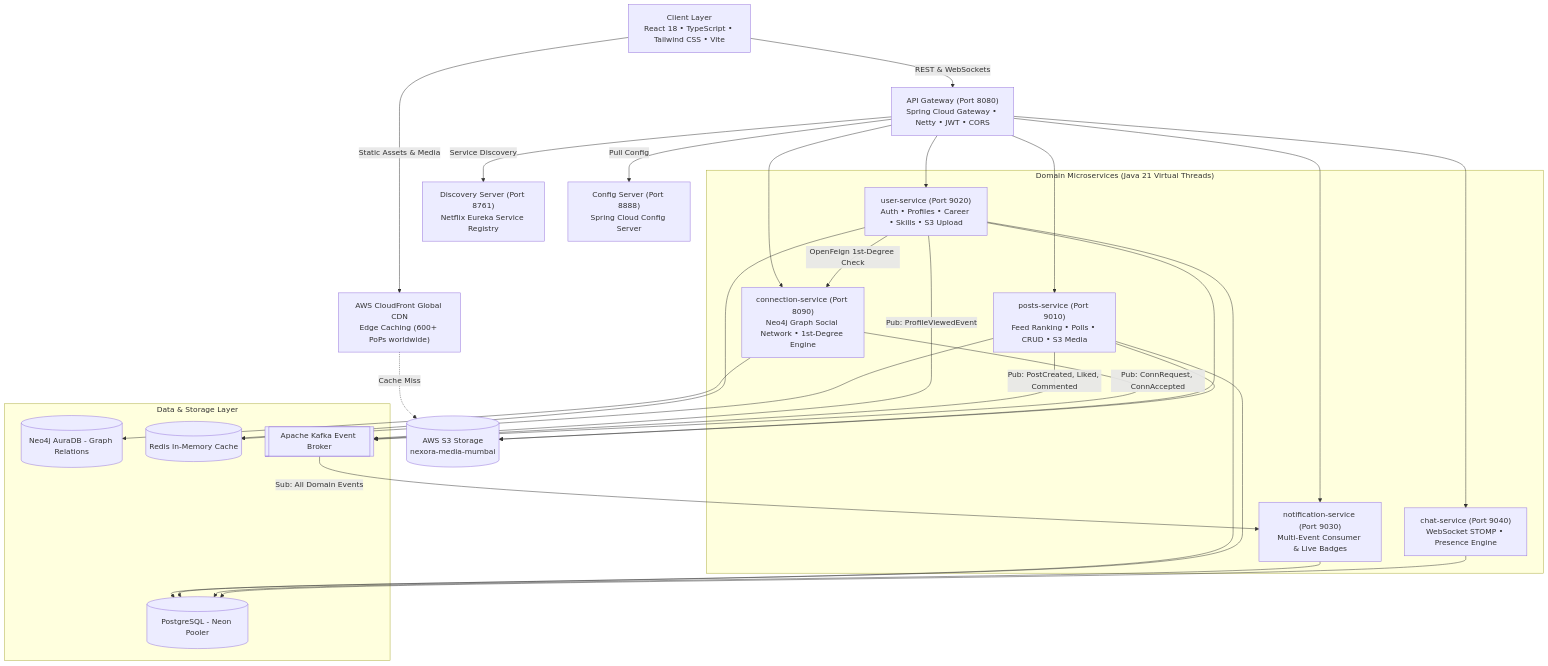
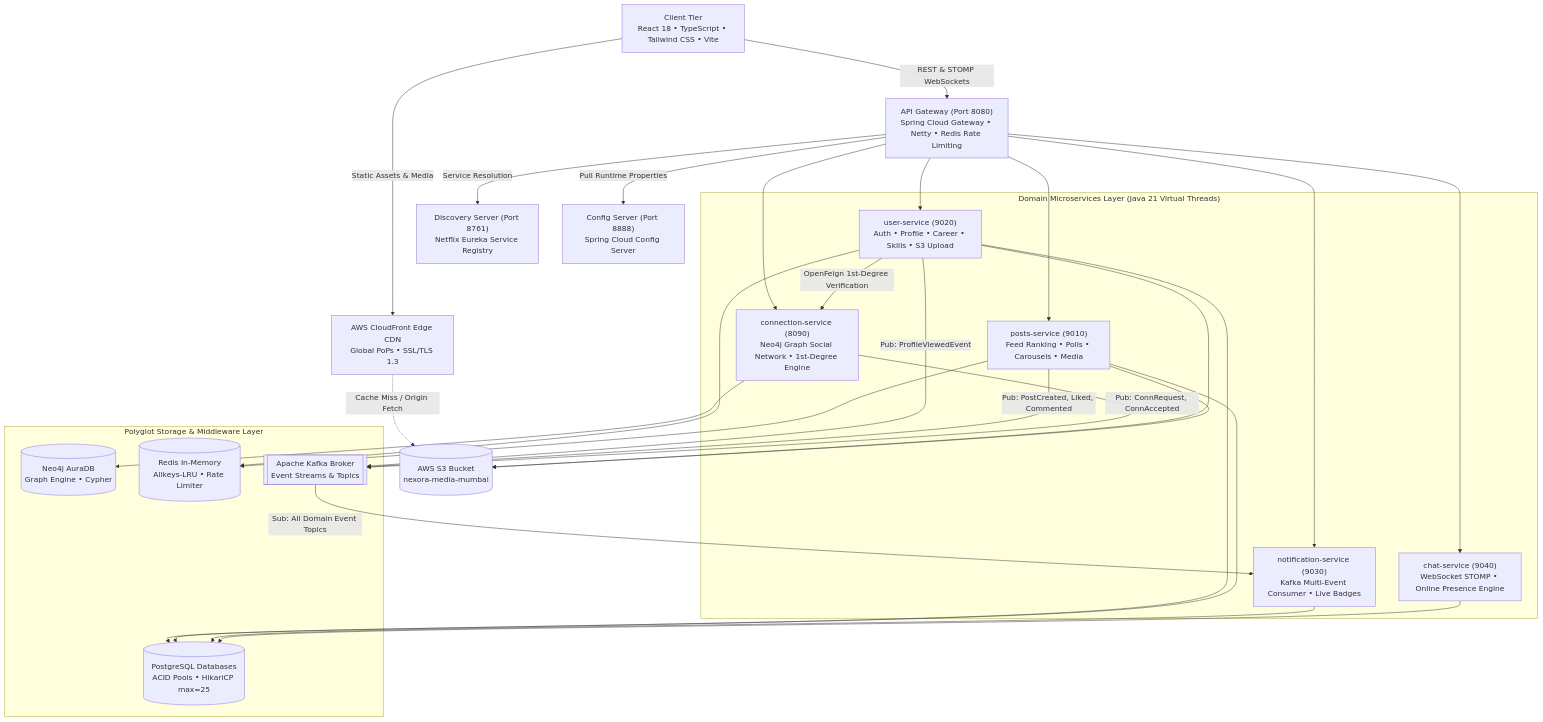
The first of 2 diagrams in README.md (ABHINAVX03/nexora), drawn with Mermaid before and after one commit. The commit also changed other lines of this file, not shown here.

Commit message:
docs(readme): upgrade README to publication-grade capstone specification with architecture diagrams, polyglot matrix, and load testing benchmarks

````diff
--- a/README.md
+++ b/README.md
@@ -29,56 +61,56 @@
 ```mermaid
 graph TD
-    Client["Client Layer<br/>React 18 • TypeScript • Tailwind CSS • Vite"]
-    CDN["AWS CloudFront Global CDN<br/>Edge Caching (600+ PoPs worldwide)"]
-    S3[("AWS S3 Storage<br/>nexora-media-mumbai")]
-    Gateway["API Gateway (Port 8080)<br/>Spring Cloud Gateway • Netty • JWT • CORS"]
+    Client["Client Tier<br/>React 18 • TypeScript • Tailwind CSS • Vite"]
+    CDN["AWS CloudFront Edge CDN<br/>Global PoPs • SSL/TLS 1.3"]
+    S3[("AWS S3 Bucket<br/>nexora-media-mumbai")]
+    Gateway["API Gateway (Port 8080)<br/>Spring Cloud Gateway • Netty • Redis Rate Limiting"]
     Eureka["Discovery Server (Port 8761)<br/>Netflix Eureka Service Registry"]
     Config["Config Server (Port 8888)<br/>Spring Cloud Config Server"]
 
     Client -->|Static Assets & Media| CDN
-    CDN -.->|Cache Miss| S3
-    Client -->|REST & WebSockets| Gateway
-    Gateway -->|Service Discovery| Eureka
-    Gateway -->|Pull Config| Config
+    CDN -.->|Cache Miss / Origin Fetch| S3
+    Client -->|REST & STOMP WebSockets| Gateway
+    Gateway -->|Service Resolution| Eureka
+    Gateway -->|Pull Runtime Properties| Config
 
-    subgraph DomainServices ["Domain Microservices (Java 21 Virtual Threads)"]
-        UserService["user-service (Port 9020)<br/>Auth • Profiles • Career • Skills • S3 Upload"]
-        PostsService["posts-service (Port 9010)<br/>Feed Ranking • Polls • CRUD • S3 Media"]
-        ConnService["connection-service (Port 8090)<br/>Neo4j Graph Social Network • 1st-Degree Engine"]
-        NotifService["notification-service (Port 9030)<br/>Multi-Event Consumer & Live Badges"]
-        ChatService["chat-service (Port 9040)<br/>WebSocket STOMP • Presence Engine"]
+    subgraph DomainServices ["Domain Microservices Layer (Java 21 Virtual Threads)"]
+        UserService["user-service (9020)<br/>Auth • Profile • Career • Skills • S3 Upload"]
+        PostsService["posts-service (9010)<br/>Feed Ranking • Polls • Carousels • Media"]
+        ConnService["connection-service (8090)<br/>Neo4j Graph Social Network • 1st-Degree Engine"]
+        NotifService["notification-service (9030)<br/>Kafka Multi-Event Consumer • Live Badges"]
+        ChatService["chat-service (9040)<br/>WebSocket STOMP • Online Presence Engine"]
     end
 
     Gateway --> UserService
     Gateway --> PostsService
     Gateway --> ConnService
     Gateway --> NotifService
     Gateway --> ChatService
 
-    UserService -->|OpenFeign 1st-Degree Check| ConnService
+    UserService -->|OpenFeign 1st-Degree Verification| ConnService
 
-    subgraph StorageLayer ["Data & Storage Layer"]
-        PostgresDB[(PostgreSQL - Neon Pooler)]
-        Neo4jDB[(Neo4j AuraDB - Graph Relations)]
-        RedisCache[(Redis In-Memory Cache)]
-        KafkaBroker[[Apache Kafka Event Broker]]
+    subgraph StorageLayer ["Polyglot Storage & Middleware Layer"]
+        PostgresDB[(PostgreSQL Databases<br/>ACID Pools • HikariCP max=25)]
+        Neo4jDB[(Neo4j AuraDB<br/>Graph Engine • Cypher)]
+        RedisCache[(Redis In-Memory<br/>Allkeys-LRU • Rate Limiter)]
+        KafkaBroker[[Apache Kafka Broker<br/>Event Streams & Topics]]
     end
 
     UserService --> PostgresDB
     UserService --> RedisCache
     UserService --> S3
     UserService -->|Pub: ProfileViewedEvent| KafkaBroker
 
     PostsService --> PostgresDB
     PostsService --> RedisCache
     PostsService --> S3
     PostsService -->|Pub: PostCreated, Liked, Commented| KafkaBroker
 
     ConnService --> Neo4jDB
     ConnService -->|Pub: ConnRequest, ConnAccepted| KafkaBroker
 
     NotifService --> PostgresDB
-    KafkaBroker -->|Sub: All Domain Events| NotifService
+    KafkaBroker -->|Sub: All Domain Event Topics| NotifService
 
     ChatService --> PostgresDB
 ```
````
